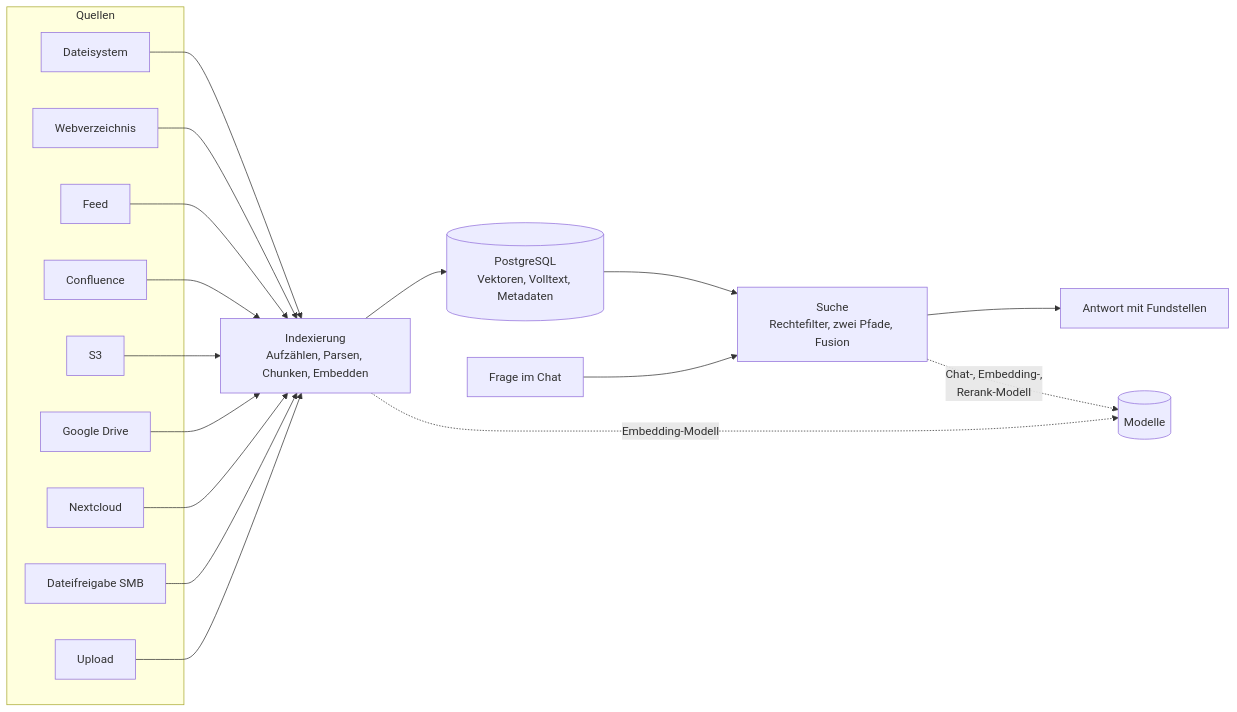
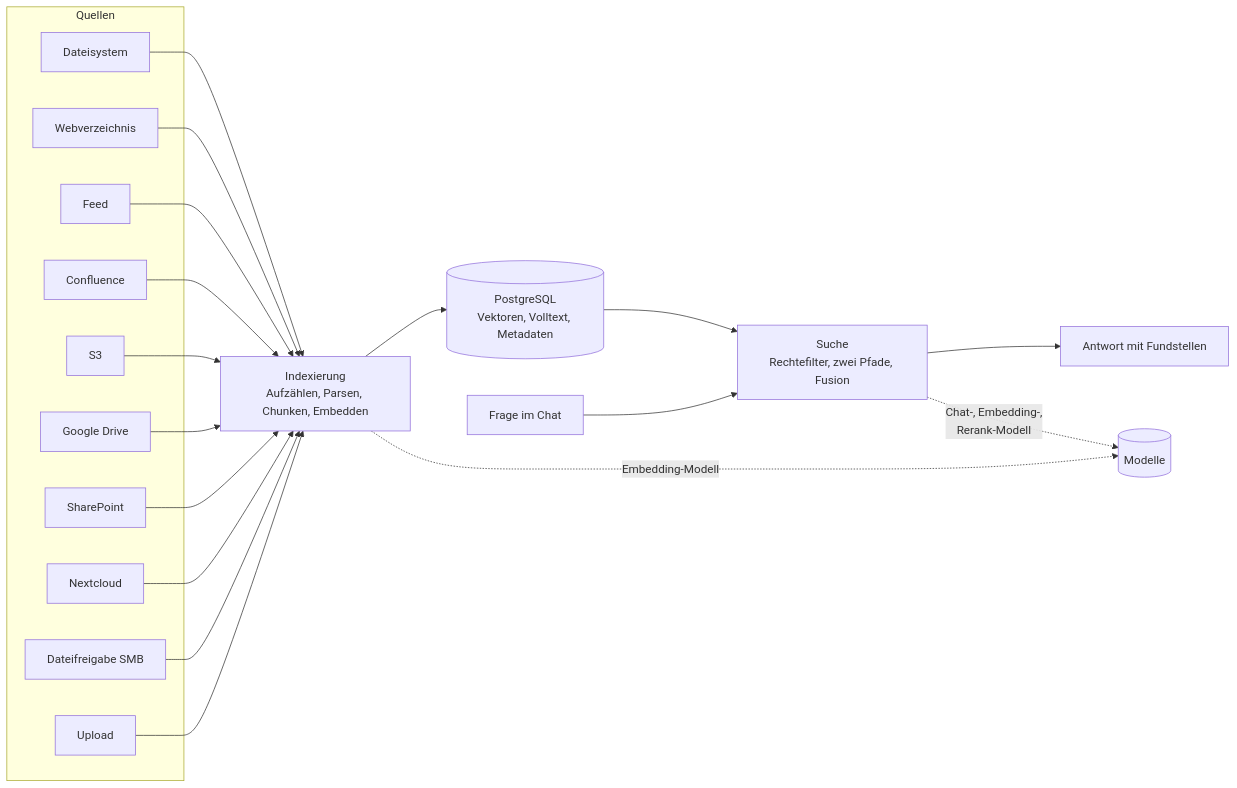
One commit to criew/opaa changed the diagram in docs/handbuch/README.md. Above: the diagram before and after it, drawn with Mermaid. The commit also changed other lines of this file and 34 other files, not shown here.

First line of the commit message:
feat(indexing): SharePoint-Konnektor (Backend) über Microsoft Graph (#2438)

````diff
--- a/docs/handbuch/README.md
+++ b/docs/handbuch/README.md
@@ -24,29 +24,31 @@
 ```mermaid
 flowchart LR
     subgraph Quellen
         Q1[Dateisystem]
         Q2[Webverzeichnis]
         Q3[Feed]
         Q4[Confluence]
         Q5[S3]
         Q7[Google Drive]
+        Q10[SharePoint]
         Q8[Nextcloud]
         Q9[Dateifreigabe SMB]
         Q6[Upload]
     end
     Q1 --> I[Indexierung<br/>Aufzählen, Parsen, Chunken, Embedden]
     Q2 --> I
     Q3 --> I
     Q4 --> I
     Q5 --> I
     Q7 --> I
+    Q10 --> I
     Q8 --> I
     Q9 --> I
     Q6 --> I
     I --> DB[(PostgreSQL<br/>Vektoren, Volltext, Metadaten)]
     DB --> S[Suche<br/>Rechtefilter, zwei Pfade, Fusion]
     F[Frage im Chat] --> S
     S --> A[Antwort mit Fundstellen]
     I -. Embedding-Modell .-> M[(Modelle)]
     S -. Chat-, Embedding-,<br/>Rerank-Modell .-> M
 ```
````
